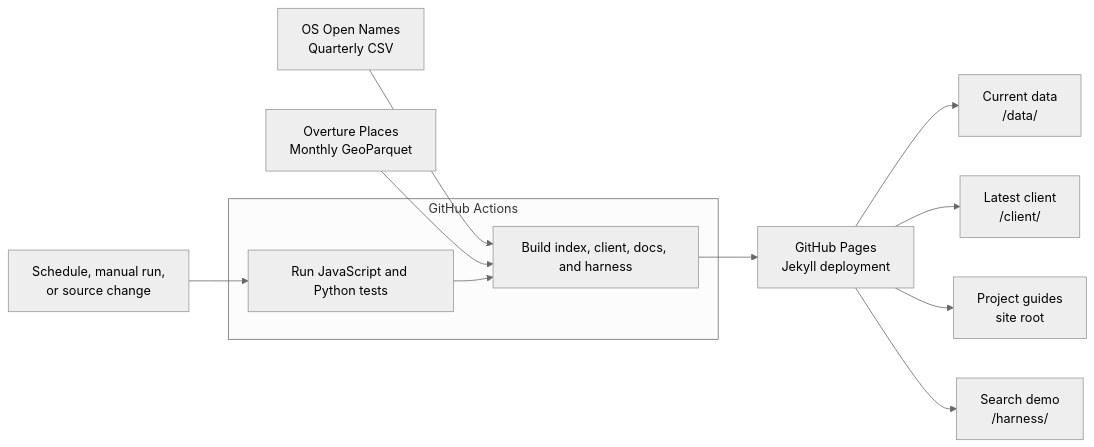
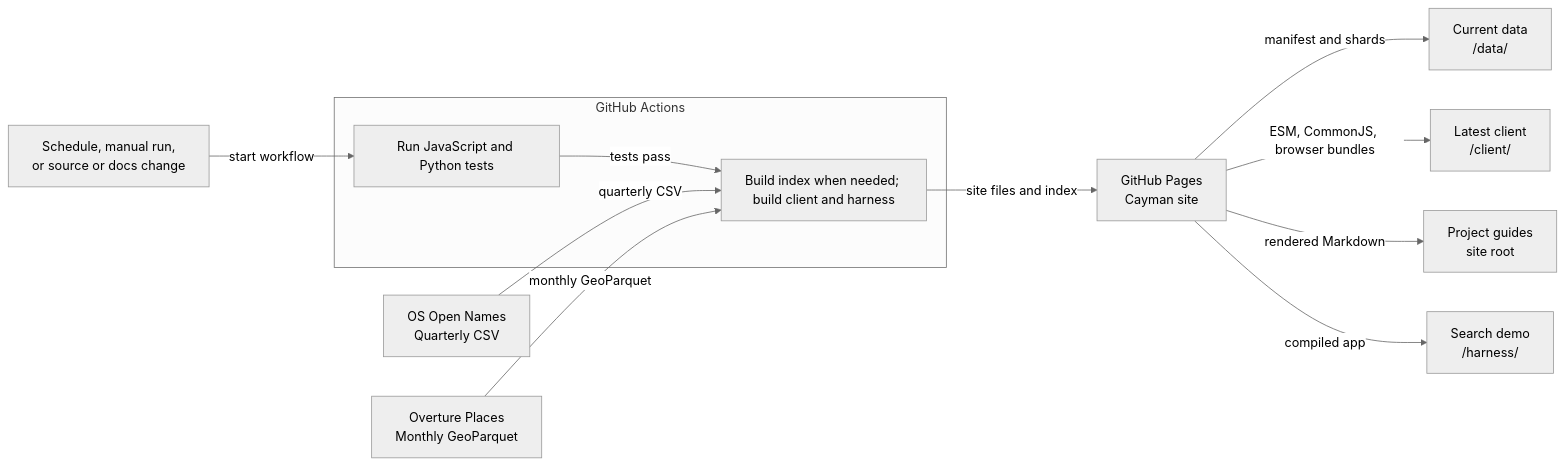
The diagram in README.md (Geovation/gb-name-index), drawn with Mermaid (neutral theme) before and after one commit. The commit also changed 12 other files, not shown here.

Commit message:
feat: adding styling for mermaid

````diff
--- a/README.md
+++ b/README.md
@@ -25,15 +25,17 @@
 ```mermaid
 %% caption: Source releases become a tested data index, client, documentation site, and search harness.
 flowchart LR
-  OS["OS Open Names<br/>Quarterly CSV"] --> Build
-  Overture["Overture Places<br/>Monthly GeoParquet"] --> Build
-  Changes["Schedule, manual run,<br/>or source change"] --> Tests
+  OS["OS Open Names<br/>Quarterly CSV"]
+  Overture["Overture Places<br/>Monthly GeoParquet"]
+  Changes["Schedule, manual run,<br/>or source or docs change"] -->|start workflow| Tests
   subgraph Automation[GitHub Actions]
-    Tests["Run JavaScript and Python tests"] --> Build["Build index, client, docs, and harness"]
+    Tests["Run JavaScript and Python tests"] -->|tests pass| Build["Build index when needed; build client and harness"]
   end
-  Build --> Pages["GitHub Pages<br/>Jekyll deployment"]
-  Pages --> Data["Current data<br/>/data/"]
-  Pages --> Client["Latest client<br/>/client/"]
-  Pages --> Docs["Project guides<br/>site root"]
-  Pages --> Harness["Search demo<br/>/harness/"]
+  OS -->|quarterly CSV| Build
+  Overture -->|monthly GeoParquet| Build
+  Build -->|site files and index| Pages["GitHub Pages<br/>Cayman site"]
+  Pages -->|manifest and shards| Data["Current data<br/>/data/"]
+  Pages -->|ESM, CommonJS, browser bundles| Client["Latest client<br/>/client/"]
+  Pages -->|rendered Markdown| Docs["Project guides<br/>site root"]
+  Pages -->|compiled app| Harness["Search demo<br/>/harness/"]
 ```
````
